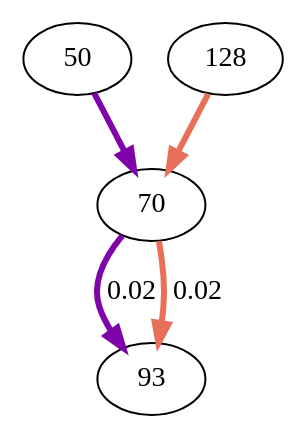
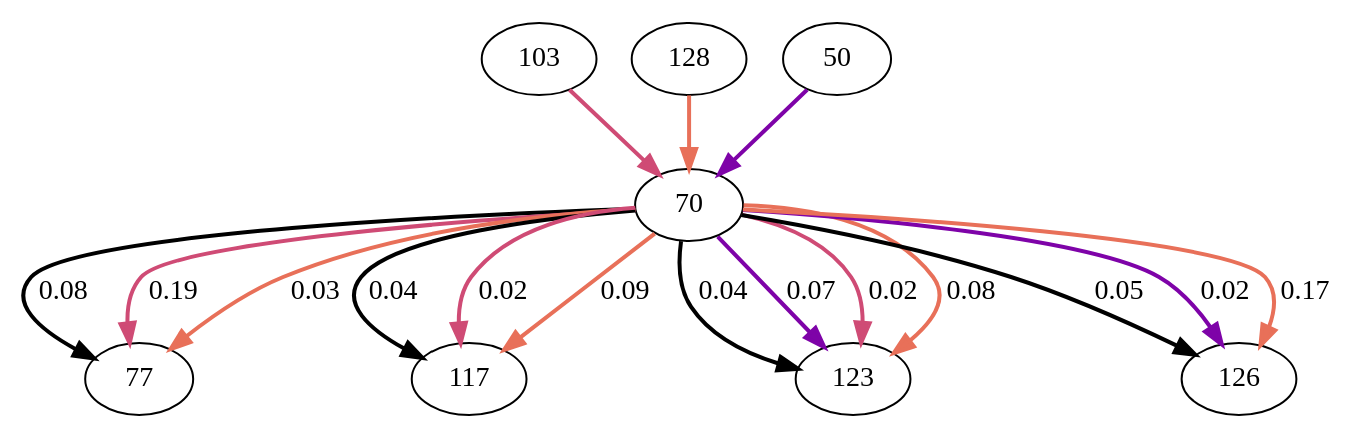
Before and after one commit to jonhyona/Potts_python_Ghislain: the diagram in graph/my_graph70.dot, drawn with Graphviz. The commit also changed 54 other files, not shown here.

```diff
--- a/graph/my_graph70.dot
+++ b/graph/my_graph70.dot
@@ -1,10 +1,26 @@
 digraph  {
+103;
+70;
+77;
+128;
+117;
 50;
-70;
-93;
-128;
-50 -> 70  [color="#7e03a8", key=0, penwidth=3];
-70 -> 93  [color="#7e03a8", key=0, label="0.02", penwidth=3];
-70 -> 93  [color="#e87059", key=1, label="0.02", penwidth=3];
-128 -> 70  [color="#e87059", key=0, penwidth=3];
+123;
+126;
+103 -> 70  [color="#cf4b75", key=0, penwidth=2];
+70 -> 77  [color=black, key=0, label="0.08", penwidth=2];
+70 -> 77  [color="#cf4b75", key=1, label="0.19", penwidth=2];
+70 -> 77  [color="#e87059", key=2, label="0.03", penwidth=2];
+70 -> 117  [color=black, key=0, label="0.04", penwidth=2];
+70 -> 117  [color="#cf4b75", key=1, label="0.02", penwidth=2];
+70 -> 117  [color="#e87059", key=2, label="0.09", penwidth=2];
+70 -> 123  [color=black, key=0, label="0.04", penwidth=2];
+70 -> 123  [color="#7e03a8", key=1, label="0.07", penwidth=2];
+70 -> 123  [color="#cf4b75", key=2, label="0.02", penwidth=2];
+70 -> 123  [color="#e87059", key=3, label="0.08", penwidth=2];
+70 -> 126  [color=black, key=0, label="0.05", penwidth=2];
+70 -> 126  [color="#7e03a8", key=1, label="0.02", penwidth=2];
+70 -> 126  [color="#e87059", key=2, label="0.17", penwidth=2];
+128 -> 70  [color="#e87059", key=0, penwidth=2];
+50 -> 70  [color="#7e03a8", key=0, penwidth=2];
 }
```
